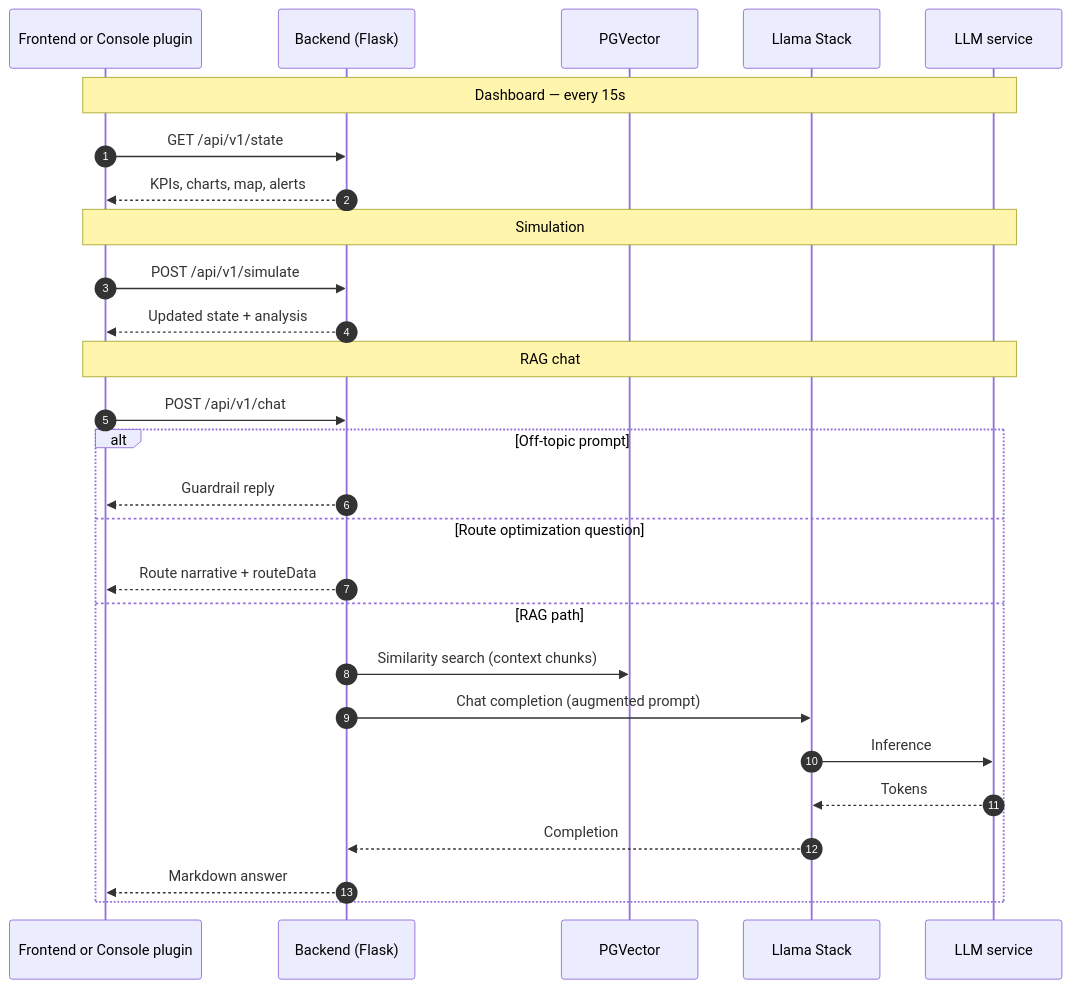
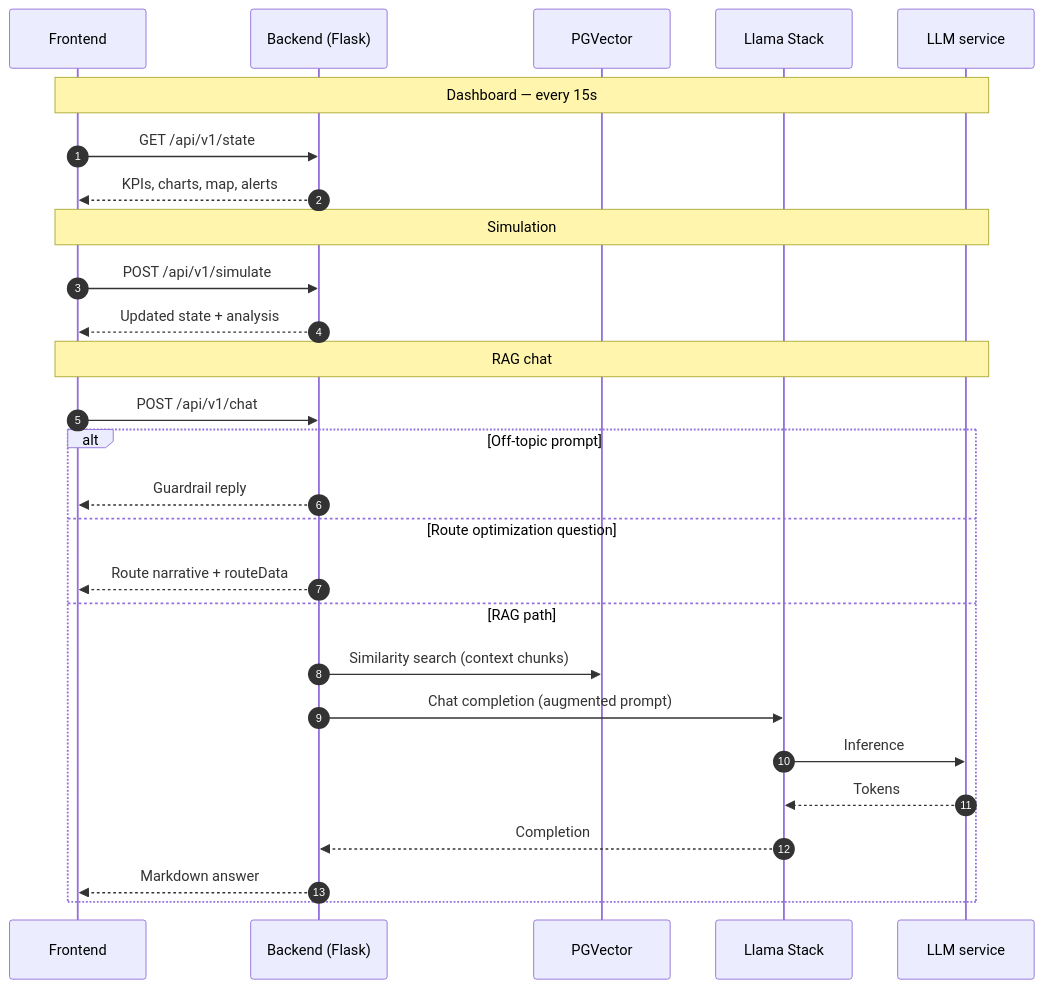
Before and after one commit to rh-ai-quickstart/ai-supply-chain-agent: the second of 2 diagrams in README.md, drawn with Mermaid. The commit also changed other lines of this file and 122 other files, not shown here.

````diff
--- a/README.md
+++ b/README.md
@@ -96,32 +90,32 @@
 ```mermaid
 sequenceDiagram
   autonumber
-  participant UI as Frontend or Console plugin
+  participant UI as Frontend
   participant BE as Backend (Flask)
   participant PG as PGVector
   participant LS as Llama Stack
   participant LLM as LLM service
 
   Note over UI,LLM: Dashboard — every 15s
   UI->>BE: GET /api/v1/state
   BE-->>UI: KPIs, charts, map, alerts
 
   Note over UI,LLM: Simulation
   UI->>BE: POST /api/v1/simulate
   BE-->>UI: Updated state + analysis
 
   Note over UI,LLM: RAG chat
   UI->>BE: POST /api/v1/chat
   alt Off-topic prompt
     BE-->>UI: Guardrail reply
   else Route optimization question
     BE-->>UI: Route narrative + routeData
   else RAG path
     BE->>PG: Similarity search (context chunks)
     BE->>LS: Chat completion (augmented prompt)
     LS->>LLM: Inference
     LLM-->>LS: Tokens
     LS-->>BE: Completion
     BE-->>UI: Markdown answer
   end
 ```
````
